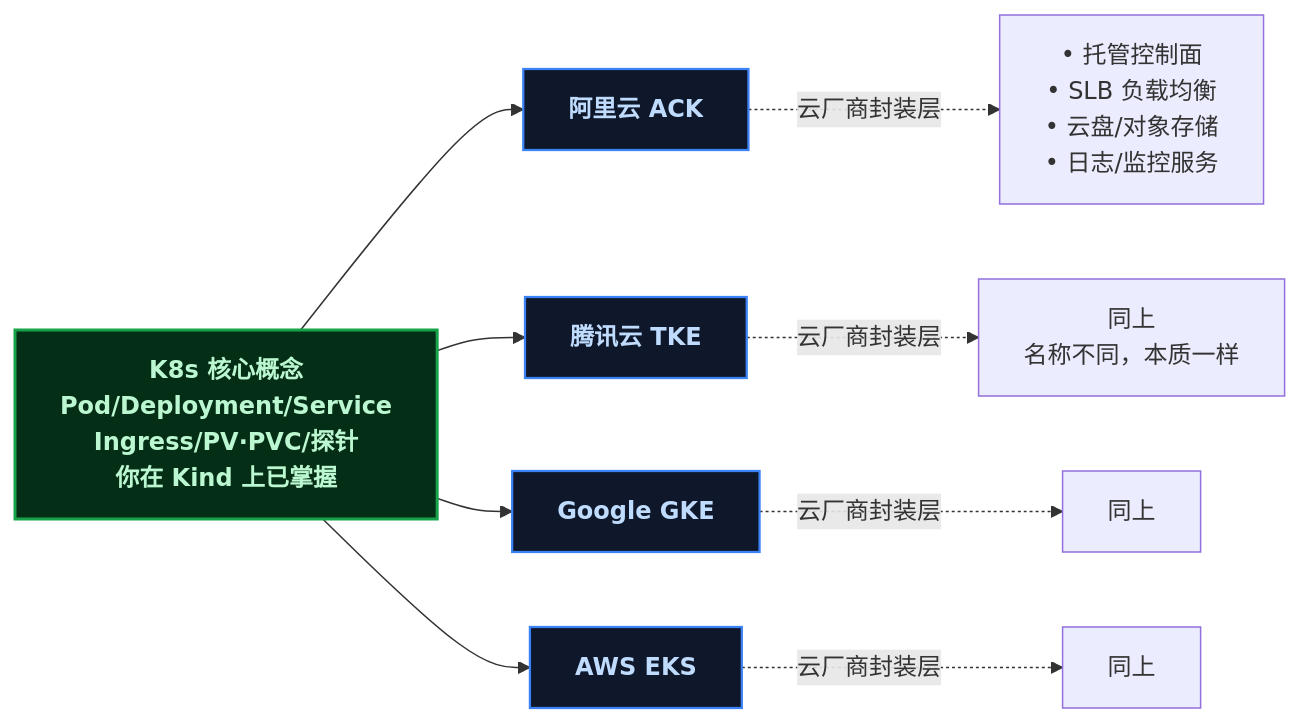
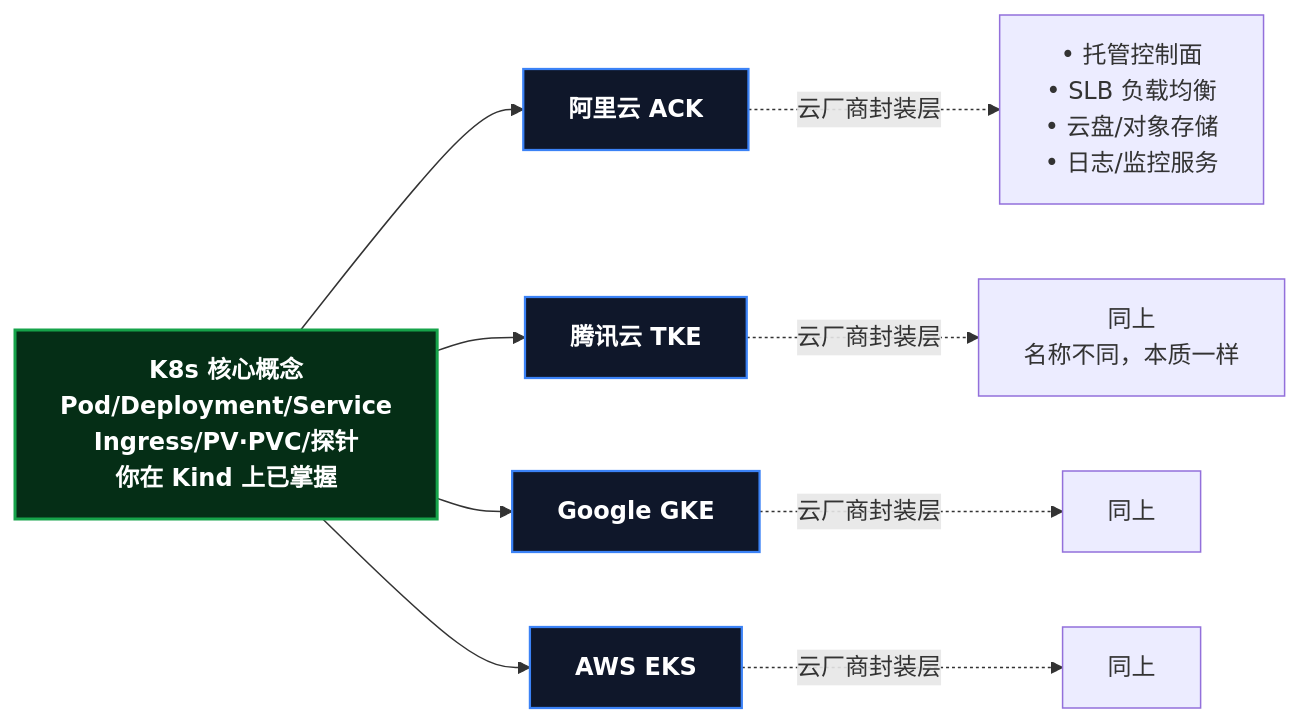
Before and after one commit to yaocat55/yaocat55.github.io: diagram 11 of 12 in content/posts/kubernetes/KindWslMigration.md, drawn with Mermaid. The commit also changed other lines of this file and 27 other files, not shown here.

Commit message:
docs: 全系列 93 张 Mermaid 图 classDef 改为 style 强制深底白字(修复部分渲染器白底浅字)+历史文件格式清理

````diff
--- a/content/posts/kubernetes/KindWslMigration.md
+++ b/content/posts/kubernetes/KindWslMigration.md
@@ -1342,21 +1358,21 @@
 ```mermaid
 flowchart LR
     %% ==========================================
     %% 样式定义
     %% ==========================================
-classDef core fill:#052e16,stroke:#16a34a,stroke-width:2px,color:#bbf7d0,font-weight:bold;
-classDef cloud fill:#0f172a,stroke:#3b82f6,stroke-width:1.5px,color:#bfdbfe,font-weight:bold;
 
     K8S[K8s 核心概念\nPod/Deployment/Service\nIngress/PV·PVC/探针\n你在 Kind 上已掌握] --> C1[阿里云 ACK]
     K8S --> C2[腾讯云 TKE]
     K8S --> C3[Google GKE]
     K8S --> C4[AWS EKS]
 
     C1 -.->|云厂商封装层| CA["• 托管控制面\n• SLB 负载均衡\n• 云盘/对象存储\n• 日志/监控服务"]
     C2 -.->|云厂商封装层| CB["同上\n名称不同，本质一样"]
     C3 -.->|云厂商封装层| CC["同上"]
     C4 -.->|云厂商封装层| CD["同上"]
-
-    class K8S core;
-    class C1,C2,C3,C4 cloud;
+    style K8S fill:#052e16,stroke:#16a34a,stroke-width:2px,color:#ffffff,font-weight:bold
+    style C1 fill:#0f172a,stroke:#3b82f6,stroke-width:1.5px,color:#ffffff,font-weight:bold
+    style C2 fill:#0f172a,stroke:#3b82f6,stroke-width:1.5px,color:#ffffff,font-weight:bold
+    style C3 fill:#0f172a,stroke:#3b82f6,stroke-width:1.5px,color:#ffffff,font-weight:bold
+    style C4 fill:#0f172a,stroke:#3b82f6,stroke-width:1.5px,color:#ffffff,font-weight:bold
 ```
````
